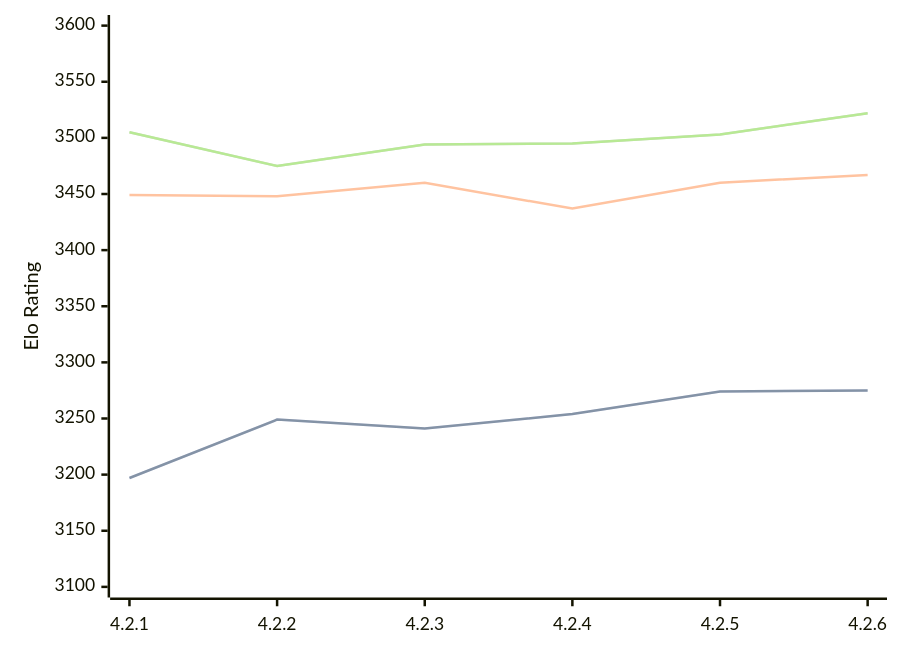
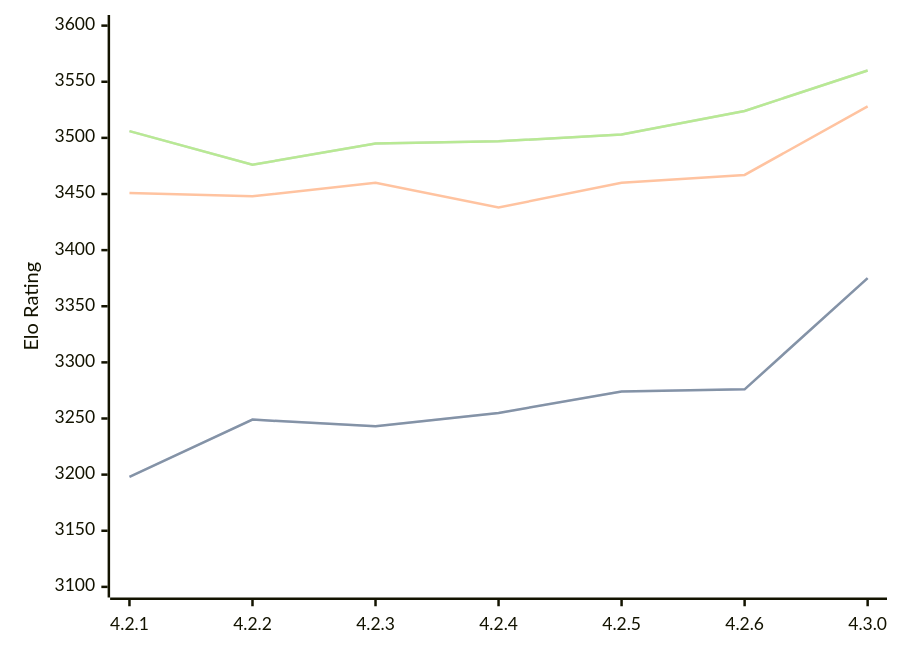
One commit to computer-chess-index/cci changed the diagram in engines/Gaia.md. Above: the diagram before and after it, drawn with Mermaid. The commit also changed other lines of this file, not shown here.

Commit message:
Update CCI Ratings (ELO VLTC) - 2026-09-07

````diff
--- a/engines/Gaia.md
+++ b/engines/Gaia.md
@@ -41,11 +41,11 @@
 ```mermaid
 %%{init: {"theme":"base","themeVariables":{"seriesColors:['#a3a3a3','#222221','#faa371']}}}%%
 xychart-beta
-  x-axis ["4.2.1", "4.2.2", "4.2.3", "4.2.4", "4.2.5", "4.2.6"]
+  x-axis ["4.2.1", "4.2.2", "4.2.3", "4.2.4", "4.2.5", "4.2.6", "4.3.0"]
   y-axis "Elo Rating" 3100 --> 3600
-  line "" [3197, 3249, 3241, 3254, 3274, 3275]
-  line "STC (8.0+0.08s)" [3197, 3249, 3241, 3254, 3274, 3275]
-  line "LTC (60.0+0.60s)" [3449, 3448, 3460, 3437, 3460, 3467]
-  line "" [3505, 3475, 3494, 3495, 3503, 3522]
-  line "VLTC (2m24s+1.12s)" [3505, 3475, 3494, 3495, 3503, 3522]
+  line "" [3198, 3249, 3243, 3255, 3274, 3276, 3375]
+  line "STC (8.0+0.08s)" [3198, 3249, 3243, 3255, 3274, 3276, 3375]
+  line "LTC (60.0+0.60s)" [3451, 3448, 3460, 3438, 3460, 3467, 3528]
+  line "" [3506, 3476, 3495, 3497, 3503, 3524, 3560]
+  line "VLTC (2m24s+1.12s)" [3506, 3476, 3495, 3497, 3503, 3524, 3560]
 ```
````
